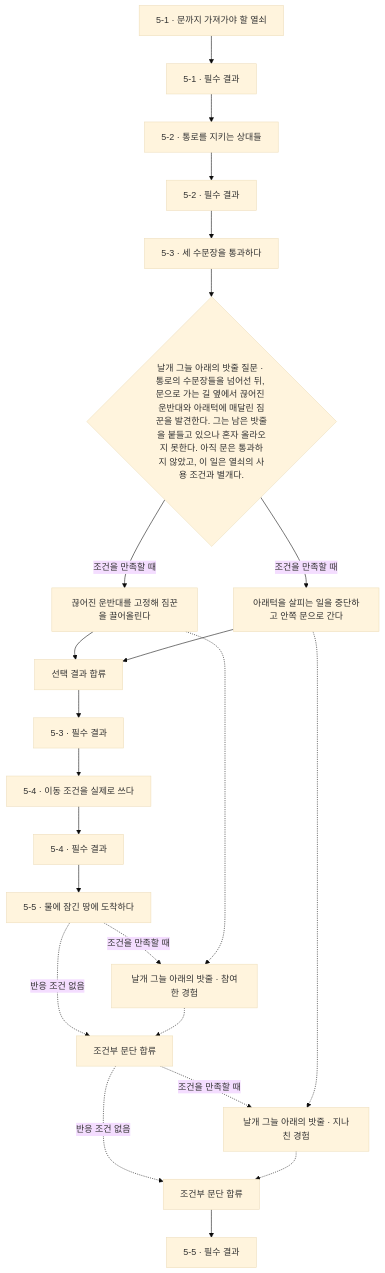
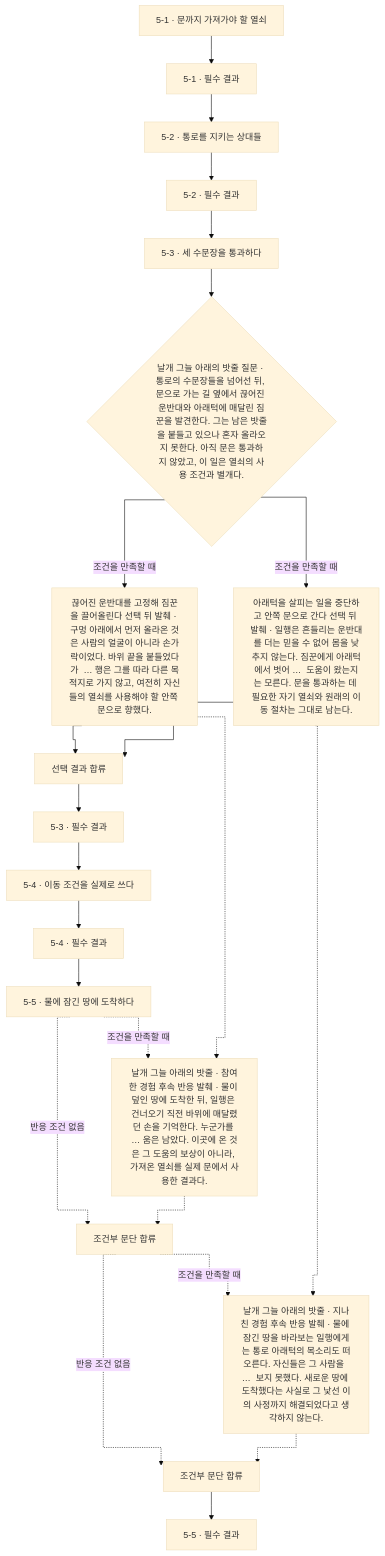
One commit to obmaz/lore changed the seventh of 17 diagrams in novel/writing/side-stories/generated/flow.md. Above: the diagram before and after it, drawn with Mermaid (base theme). The commit also changed other lines of this file and 20 other files, not shown here.

Commit message:
Show branch outcomes and route graph memory links orthogonally

````diff
--- a/novel/writing/side-stories/generated/flow.md
+++ b/novel/writing/side-stories/generated/flow.md
@@ -645,43 +651,44 @@
 ```mermaid
+%%{init: {"flowchart": {"curve": "stepAfter"}}}%%
 flowchart TB
   n91efec9441828590["5-1 · 문까지 가져가야 할 열쇠"]
   n44bcb6dc6d13942f["5-1 · 필수 결과"]
   nb71c8f7d094bbf95["5-2 · 통로를 지키는 상대들"]
   n2147b167feabac6a["5-2 · 필수 결과"]
   n8537828fa20bfaaf["5-3 · 세 수문장을 통과하다"]
   n0c04f664fb8b6bc1{"날개 그늘 아래의 밧줄 질문 · 통로의 수문장들을 넘어선 뒤, 문으로 가는 길 옆에서 끊어진 운반대와 아래턱에 매달린 짐꾼을 발견한다. 그는 남은 밧줄을 붙들고 있으나 혼자 올라오지 못한다. 아직 문은 통과하지 않았고, 이 일은 열쇠의 사용 조건과 별개다."}
   na5146b47b9c1c88e["선택 결과 합류"]
-  n3fec4a13d650e973["끊어진 운반대를 고정해 짐꾼을 끌어올린다"]
-  nf892cb587a3b5dc6["아래턱을 살피는 일을 중단하고 안쪽 문으로 간다"]
+  n3fec4a13d650e973["끊어진 운반대를 고정해 짐꾼을 끌어올린다 선택 뒤 발췌 · 구멍 아래에서 먼저 올라온 것은 사람의 얼굴이 아니라 손가락이었다. 바위 끝을 붙들었다가  … 행은 그를 따라 다른 목적지로 가지 않고, 여전히 자신들의 열쇠를 사용해야 할 안쪽 문으로 향했다."]
+  nf892cb587a3b5dc6["아래턱을 살피는 일을 중단하고 안쪽 문으로 간다 선택 뒤 발췌 · 일행은 흔들리는 운반대를 더는 믿을 수 없어 몸을 낮추지 않는다. 짐꾼에게 아래턱에서 벗어 …  도움이 왔는지는 모른다. 문을 통과하는 데 필요한 자기 열쇠와 원래의 이동 절차는 그대로 남는다."]
   nd11717aebbee14dc["5-3 · 필수 결과"]
   necabf362f623d47e["5-4 · 이동 조건을 실제로 쓰다"]
   n5303a6c7b9c1d475["5-4 · 필수 결과"]
   n3653a06b331a18fd["5-5 · 물에 잠긴 땅에 도착하다"]
-  n81e2103884c36c62["날개 그늘 아래의 밧줄 · 참여한 경험"]
+  n81e2103884c36c62["날개 그늘 아래의 밧줄 · 참여한 경험 후속 반응 발췌 · 물이 덮인 땅에 도착한 뒤, 일행은 건너오기 직전 바위에 매달렸던 손을 기억한다. 누군가를 … 움은 남았다. 이곳에 온 것은 그 도움의 보상이 아니라, 가져온 열쇠를 실제 문에서 사용한 결과다."]
   n6bf828c7ff850cae["조건부 문단 합류"]
-  nfdf0b13e2ce52df4["날개 그늘 아래의 밧줄 · 지나친 경험"]
+  nfdf0b13e2ce52df4["날개 그늘 아래의 밧줄 · 지나친 경험 후속 반응 발췌 · 물에 잠긴 땅을 바라보는 일행에게는 통로 아래턱의 목소리도 떠오른다. 자신들은 그 사람을  …  보지 못했다. 새로운 땅에 도착했다는 사실로 그 낯선 이의 사정까지 해결되었다고 생각하지 않는다."]
   nf462454a6f503d90["조건부 문단 합류"]
   n0ca8a1395a56d91e["5-5 · 필수 결과"]
   n91efec9441828590 --> n44bcb6dc6d13942f
   nb71c8f7d094bbf95 --> n2147b167feabac6a
   n44bcb6dc6d13942f --> nb71c8f7d094bbf95
   n8537828fa20bfaaf --> n0c04f664fb8b6bc1
   n0c04f664fb8b6bc1 -->|조건을 만족할 때| n3fec4a13d650e973
   n3fec4a13d650e973 --> na5146b47b9c1c88e
   n0c04f664fb8b6bc1 -->|조건을 만족할 때| nf892cb587a3b5dc6
   nf892cb587a3b5dc6 --> na5146b47b9c1c88e
   na5146b47b9c1c88e --> nd11717aebbee14dc
   n2147b167feabac6a --> n8537828fa20bfaaf
   necabf362f623d47e --> n5303a6c7b9c1d475
   nd11717aebbee14dc --> necabf362f623d47e
   n3653a06b331a18fd -.->|조건을 만족할 때| n81e2103884c36c62
   n3653a06b331a18fd -.->|반응 조건 없음| n6bf828c7ff850cae
   n81e2103884c36c62 -.-> n6bf828c7ff850cae
   n6bf828c7ff850cae -.->|조건을 만족할 때| nfdf0b13e2ce52df4
   n6bf828c7ff850cae -.->|반응 조건 없음| nf462454a6f503d90
   nfdf0b13e2ce52df4 -.-> nf462454a6f503d90
   nf462454a6f503d90 --> n0ca8a1395a56d91e
   n5303a6c7b9c1d475 --> n3653a06b331a18fd
   nf892cb587a3b5dc6 -.-> nfdf0b13e2ce52df4
   n3fec4a13d650e973 -.-> n81e2103884c36c62
 ```
````
